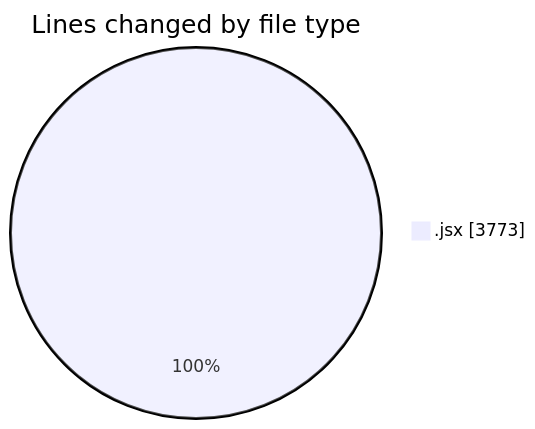
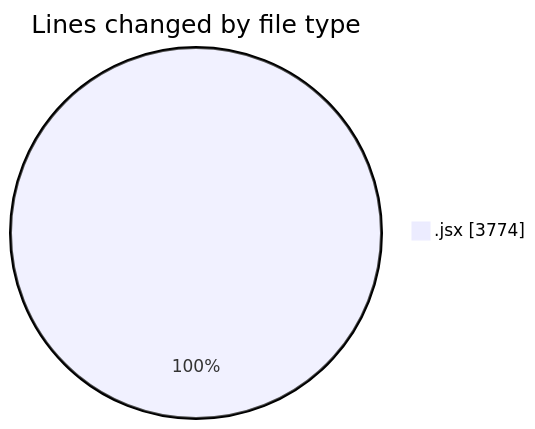
One commit to nxtqubesakshisongat/code-tracking changed the first of 2 diagrams in 2025-09-25/nxtqube_webapp/README.md. Above: the diagram before and after it, drawn with Mermaid. The commit also changed other lines of this file and 1 other file, not shown here.

````diff
--- a/2025-09-25/nxtqube_webapp/README.md
+++ b/2025-09-25/nxtqube_webapp/README.md
@@ -21,5 +21,5 @@
 ```mermaid
 pie showData
 title Lines changed by file type
-".jsx" : 3773
+".jsx" : 3774
 ```
````
